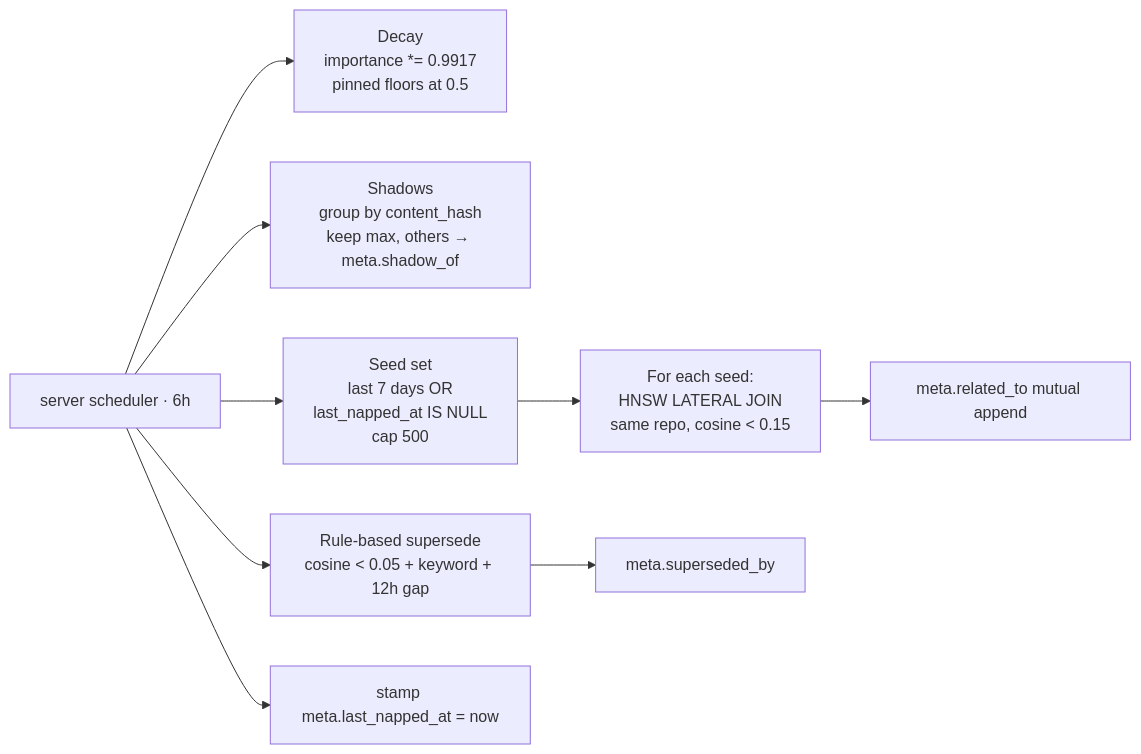
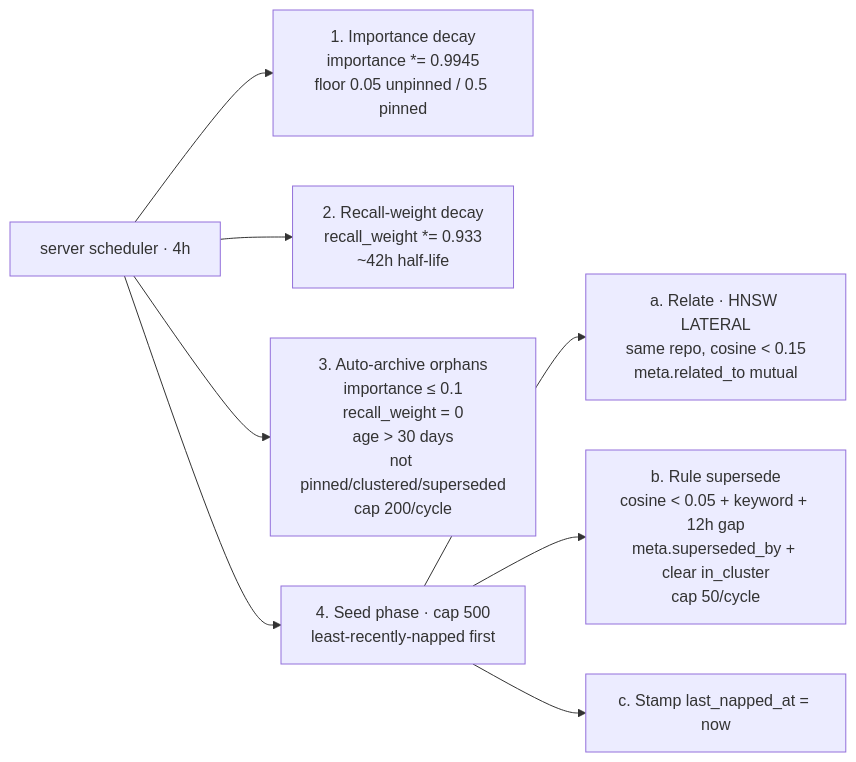
One commit to j10ra/mneme changed the diagram in docs/workers/nap.md. Above: the diagram before and after it, drawn with Mermaid. The commit also changed other lines of this file and 12 other files, not shown here.

````diff
--- a/docs/workers/nap.md
+++ b/docs/workers/nap.md
@@ -29,11 +43,10 @@
 ```mermaid
 flowchart LR
-    A[server scheduler · 6h] --> B[Decay<br/>importance *= 0.9917<br/>pinned floors at 0.5]
-    A --> C[Shadows<br/>group by content_hash<br/>keep max, others → meta.shadow_of]
-    A --> D[Seed set<br/>last 7 days OR<br/>last_napped_at IS NULL<br/>cap 500]
-    D --> E[For each seed:<br/>HNSW LATERAL JOIN<br/>same repo, cosine < 0.15]
-    E --> F[meta.related_to mutual append]
-    A --> G[Rule-based supersede<br/>cosine < 0.05 + keyword + 12h gap]
-    G --> H[meta.superseded_by]
-    A --> I[stamp meta.last_napped_at = now]
+    A[server scheduler · 4h] --> B[1. Importance decay<br/>importance *= 0.9945<br/>floor 0.05 unpinned / 0.5 pinned]
+    A --> C[2. Recall-weight decay<br/>recall_weight *= 0.933<br/>~42h half-life]
+    A --> D[3. Auto-archive orphans<br/>importance ≤ 0.1<br/>recall_weight = 0<br/>age > 30 days<br/>not pinned/clustered/superseded<br/>cap 200/cycle]
+    A --> E[4. Seed phase · cap 500<br/>least-recently-napped first]
+    E --> F[a. Relate · HNSW LATERAL<br/>same repo, cosine < 0.15<br/>meta.related_to mutual]
+    E --> G[b. Rule supersede<br/>cosine < 0.05 + keyword + 12h gap<br/>meta.superseded_by + clear in_cluster<br/>cap 50/cycle]
+    E --> H[c. Stamp last_napped_at = now]
 ```
````
